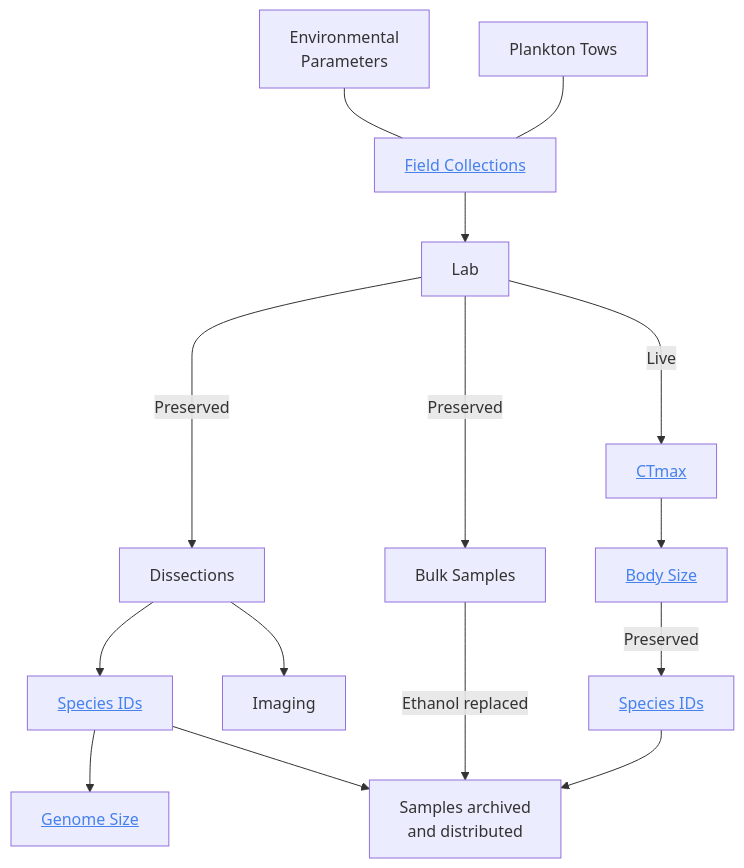
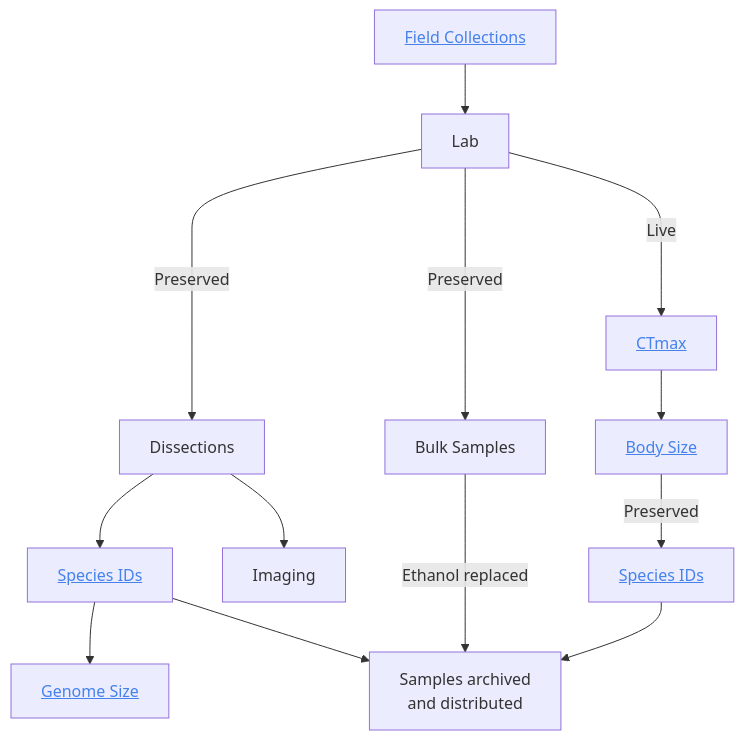
Before and after one commit to ZoopEcoEvo/copepod_ctmax_collab: the diagram in protocols.qmd, drawn with Mermaid. The commit also changed 16 other files, not shown here.

````diff
--- a/protocols.qmd
+++ b/protocols.qmd
@@ -9,39 +9,39 @@
 ```{mermaid}
 %%| width: 100%
 %%| theme: neutral
 
 flowchart TB
-  A[Environmental \nParameters] --- C[Field Collections]
-  B[Plankton Tows] --- C[<u>Field Collections</u>]
+  
+  C[<u>Field Collections</u>]
       style C color:#4582EC;
   
   C --> D[Lab]
   
   D --> |Preserved| E[Dissections]
   E --> F[<u>Species IDs</u>]
        style F color:#4582EC;
   E --> G[Imaging]
   F --> H[<u>Genome Size</u>]
        style H color:#4582EC;
   F --> I[Samples archived \nand distributed]
   
   D --> |Preserved| J[Bulk Samples]
   J -- Ethanol replaced ---> I
   
   D -- Live ---> K[<u>CTmax</u>]
        style K color:#4582EC;
   K --> L[<u>Body Size</u>]
        style L color:#4582EC;
   L --> |Preserved| M[<u>Species IDs</u>]
        style M color:#4582EC;
   M --> I
 
 click C "https://zoopecoevo.github.io/copepod_ctmax_collab/protocols/collection_protocol.html"
 click F "https://zoopecoevo.github.io/copepod_ctmax_collab/copepod_guide.html"
 click M "https://zoopecoevo.github.io/copepod_ctmax_collab/copepod_guide.html"
 click H "https://zoopecoevo.github.io/copepod_ctmax_collab/protocols/genome_size_protocol.html"
 click K "https://zoopecoevo.github.io/copepod_ctmax_collab/protocols/ctmax_protocol.html"
 click L "https://zoopecoevo.github.io/copepod_ctmax_collab/protocols/body_size_protocol.html"
 
 
 ```
````
